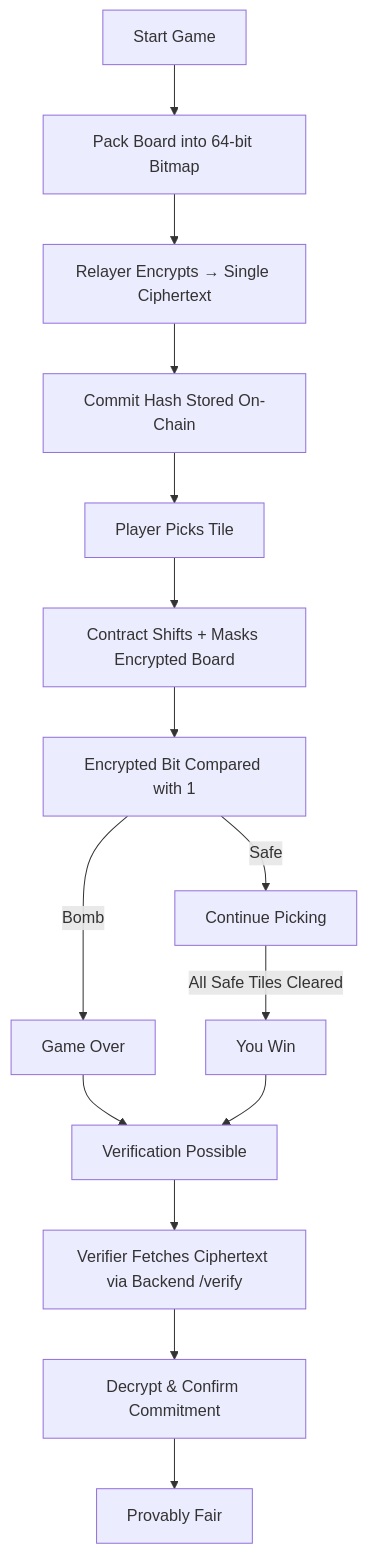
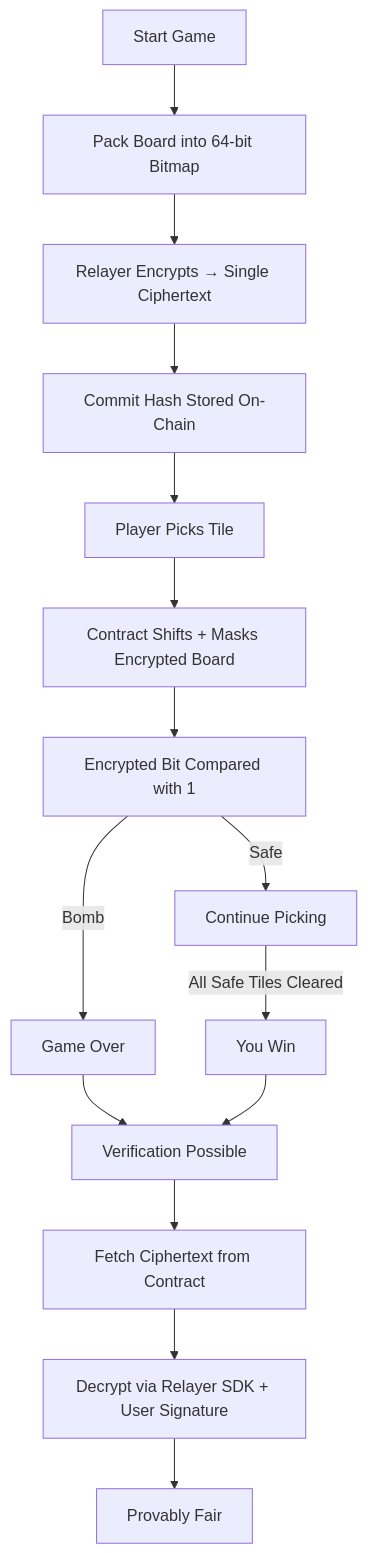
Before and after one commit to phamnhungoctuan/confidential-bomb: the second of 5 diagrams in README-flows.md, drawn with Mermaid. The commit also changed other lines of this file and 24 other files, not shown here.

````diff
--- a/README-flows.md
+++ b/README-flows.md
@@ -37,17 +42,17 @@
 ```mermaid
 graph TD;
     A[Start Game] --> B[Pack Board into 64-bit Bitmap]
     B --> C[Relayer Encrypts → Single Ciphertext]
     C --> D[Commit Hash Stored On-Chain]
     D --> E[Player Picks Tile]
     E --> F[Contract Shifts + Masks Encrypted Board]
     F --> G[Encrypted Bit Compared with 1]
     G -->|Bomb| H[Game Over]
     G -->|Safe| I[Continue Picking]
     I -->|All Safe Tiles Cleared| J[You Win]
     H --> K[Verification Possible]
     J --> K
-    K --> L[Verifier Fetches Ciphertext via Backend /verify]
-    L --> M[Decrypt & Confirm Commitment]
+    K --> L[Fetch Ciphertext from Contract]
+    L --> M[Decrypt via Relayer SDK + User Signature]
     M --> N[Provably Fair]
 ```
````
